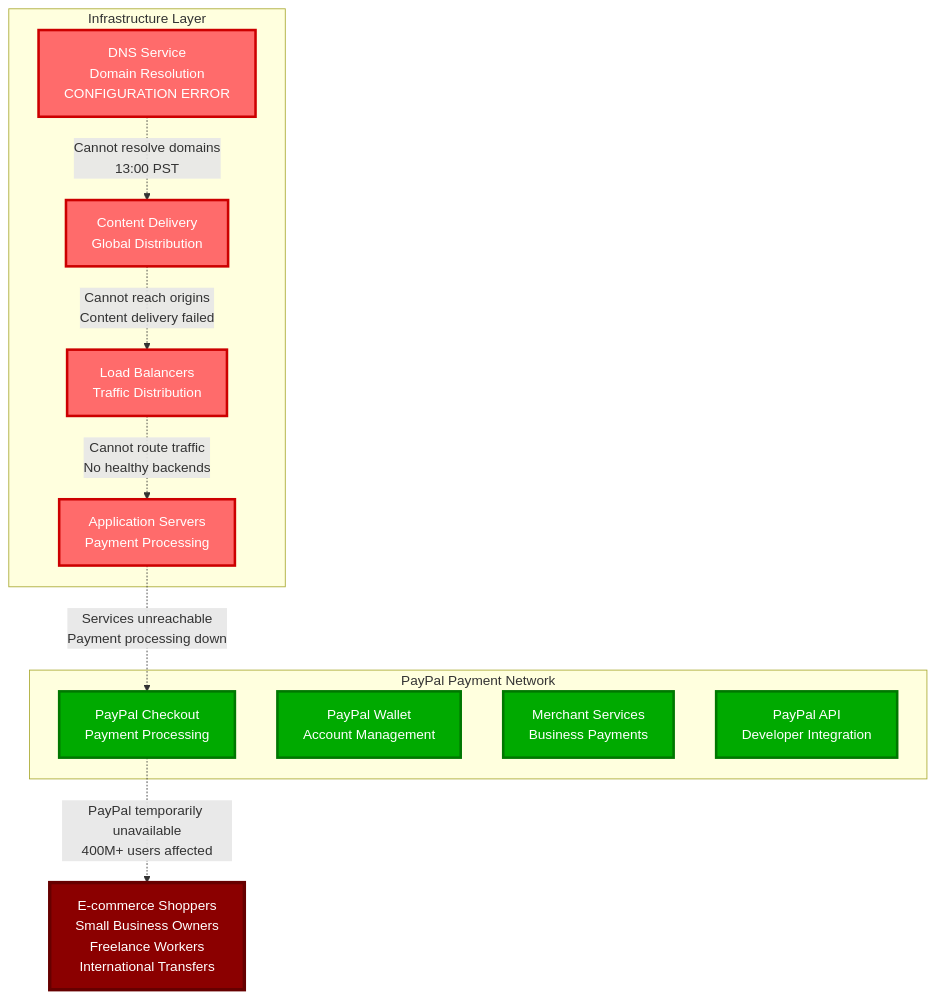
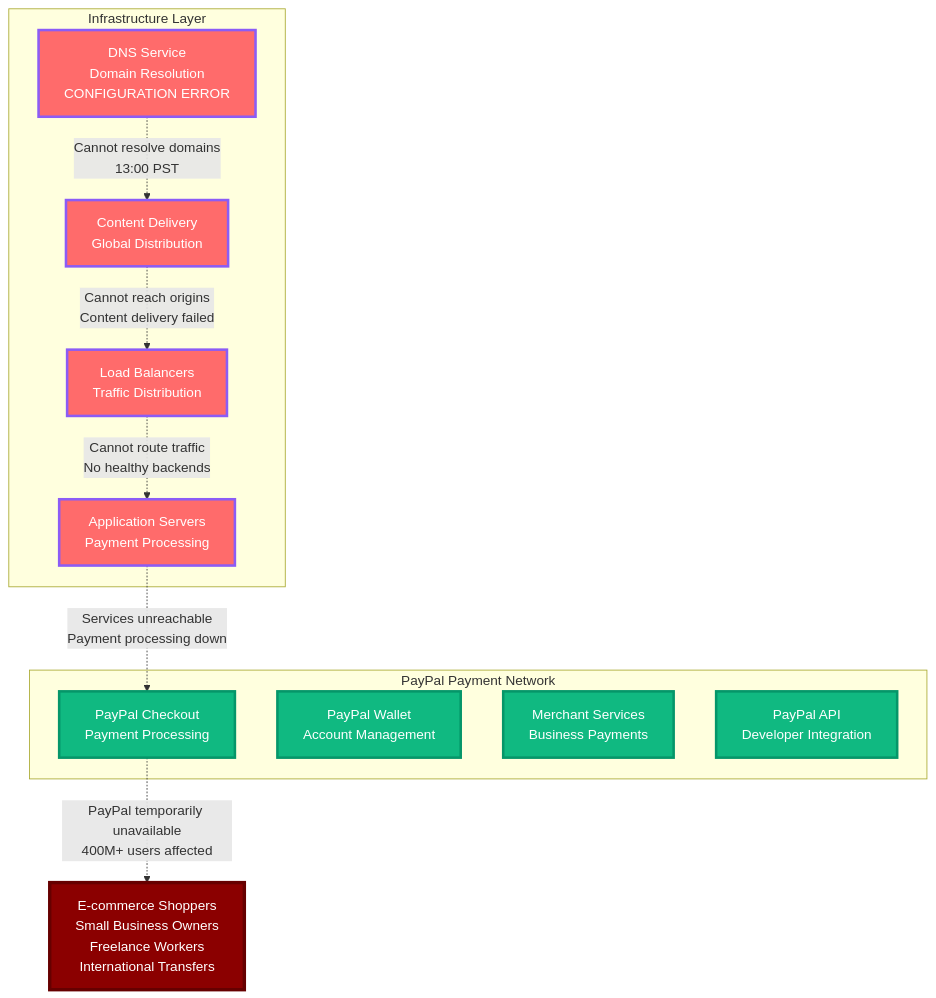
Before and after one commit to deepaucksharma/DS: the diagram in site/docs/incidents/paypal-november-2022.md, drawn with Mermaid. The commit also changed 303 other files, not shown here.

````diff
--- a/site/docs/incidents/paypal-november-2022.md
+++ b/site/docs/incidents/paypal-november-2022.md
@@ -19,33 +19,33 @@
 ```mermaid
 graph TB
     subgraph "PayPal Payment Network"
         CHECKOUT[PayPal Checkout<br/>Payment Processing]
         WALLET[PayPal Wallet<br/>Account Management]
         MERCHANT[Merchant Services<br/>Business Payments]
         API[PayPal API<br/>Developer Integration]
     end
 
     subgraph "Infrastructure Layer"
         DNS[DNS Service<br/>Domain Resolution<br/>CONFIGURATION ERROR]
         CDN[Content Delivery<br/>Global Distribution]
         LOADBALANCER[Load Balancers<br/>Traffic Distribution]
         SERVERS[Application Servers<br/>Payment Processing]
     end
 
     %% DNS failure cascade
     DNS -.->|Cannot resolve domains<br/>13:00 PST| CDN
     CDN -.->|Cannot reach origins<br/>Content delivery failed| LOADBALANCER
     LOADBALANCER -.->|Cannot route traffic<br/>No healthy backends| SERVERS
     SERVERS -.->|Services unreachable<br/>Payment processing down| CHECKOUT
 
     %% Customer impact
     CHECKOUT -.->|"PayPal temporarily unavailable"<br/>400M+ users affected| CUSTOMERS[E-commerce Shoppers<br/>Small Business Owners<br/>Freelance Workers<br/>International Transfers]
 
-    classDef dnsStyle fill:#FF6B6B,stroke:#CC0000,color:#fff,stroke-width:3px
-    classDef serviceStyle fill:#00AA00,stroke:#007700,color:#fff,stroke-width:3px
+    classDef dnsStyle fill:#FF6B6B,stroke:#8B5CF6,color:#fff,stroke-width:3px
+    classDef serviceStyle fill:#10B981,stroke:#059669,color:#fff,stroke-width:3px
     classDef impactStyle fill:#8B0000,stroke:#660000,color:#fff,stroke-width:4px
 
     class DNS,CDN,LOADBALANCER,SERVERS dnsStyle
     class CHECKOUT,WALLET,MERCHANT,API serviceStyle
     class CUSTOMERS impactStyle
 ```
````
